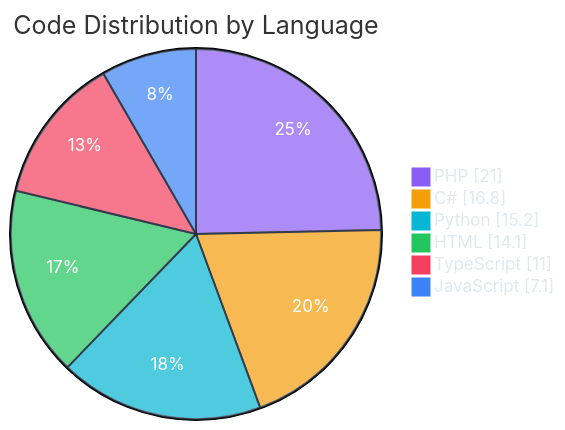
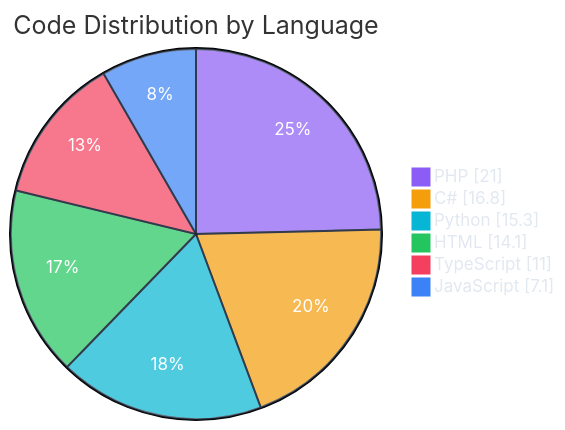
The second of 7 diagrams in README.md (polo-nyan/polo-nyan), drawn with Mermaid before and after one commit. The commit also changed other lines of this file and 1 other file, not shown here.

````diff
--- a/README.md
+++ b/README.md
@@ -229,11 +229,11 @@
 ```mermaid
 %%{init: {"theme": "base", "themeVariables": { "pie1": "#8b5cf6", "pie2": "#f59e0b", "pie3": "#06b6d4", "pie4": "#22c55e", "pie5": "#f43f5e", "pie6": "#3b82f6", "pie7": "#ec4899", "pieTextColor": "#ffffff", "pieLegendTextColor": "#e2e8f0", "pieSectionTextColor": "#ffffff", "pieStrokeColor": "#1e293b" }}}%%
 pie showData
     title Code Distribution by Language
     "PHP" : 21.0
     "C#" : 16.8
-    "Python" : 15.2
+    "Python" : 15.3
     "HTML" : 14.1
     "TypeScript" : 11.0
     "JavaScript" : 7.1
 ```
````
